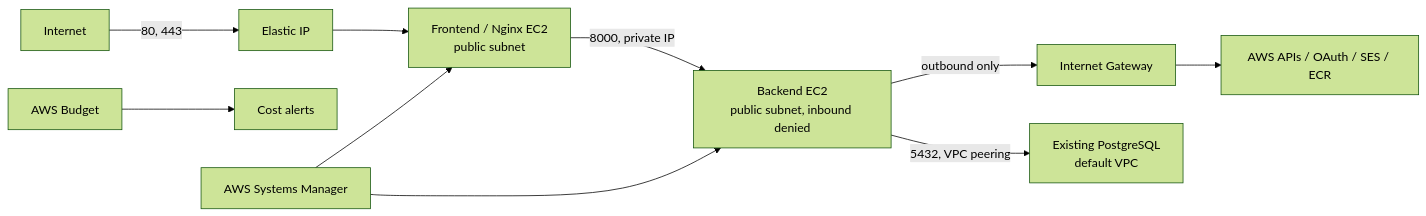
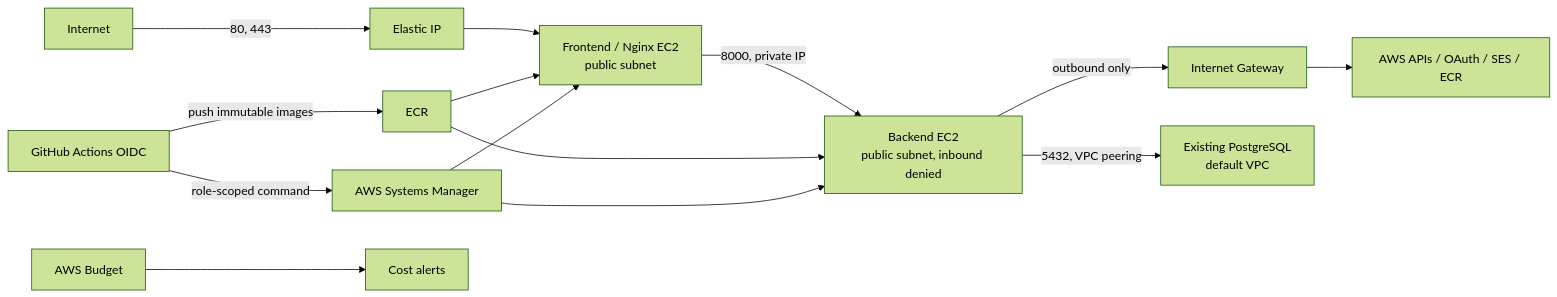
The diagram in infrastructure-tf/README.md (EugenePetrykeiev/Eclipcity.BoardGame), drawn with Mermaid (forest theme) before and after one commit. The commit also changed other lines of this file and 38 other files, not shown here.

````diff
--- a/infrastructure-tf/README.md
+++ b/infrastructure-tf/README.md
@@ -9,12 +9,16 @@
 ```mermaid
 flowchart LR
   internet[Internet] -->|80, 443| eip[Elastic IP]
   eip --> frontend[Frontend / Nginx EC2\npublic subnet]
   frontend -->|8000, private IP| backend[Backend EC2\npublic subnet, inbound denied]
   backend -->|outbound only| igw[Internet Gateway]
   igw --> aws[AWS APIs / OAuth / SES / ECR]
+  github[GitHub Actions OIDC] -->|push immutable images| ecr[ECR]
+  github -->|role-scoped command| ssm
+  ecr --> frontend
+  ecr --> backend
   backend -->|5432, VPC peering| db[Existing PostgreSQL\ndefault VPC]
   budget[AWS Budget] --> email[Cost alerts]
   ssm[AWS Systems Manager] --> frontend
   ssm --> backend
 ```
````
